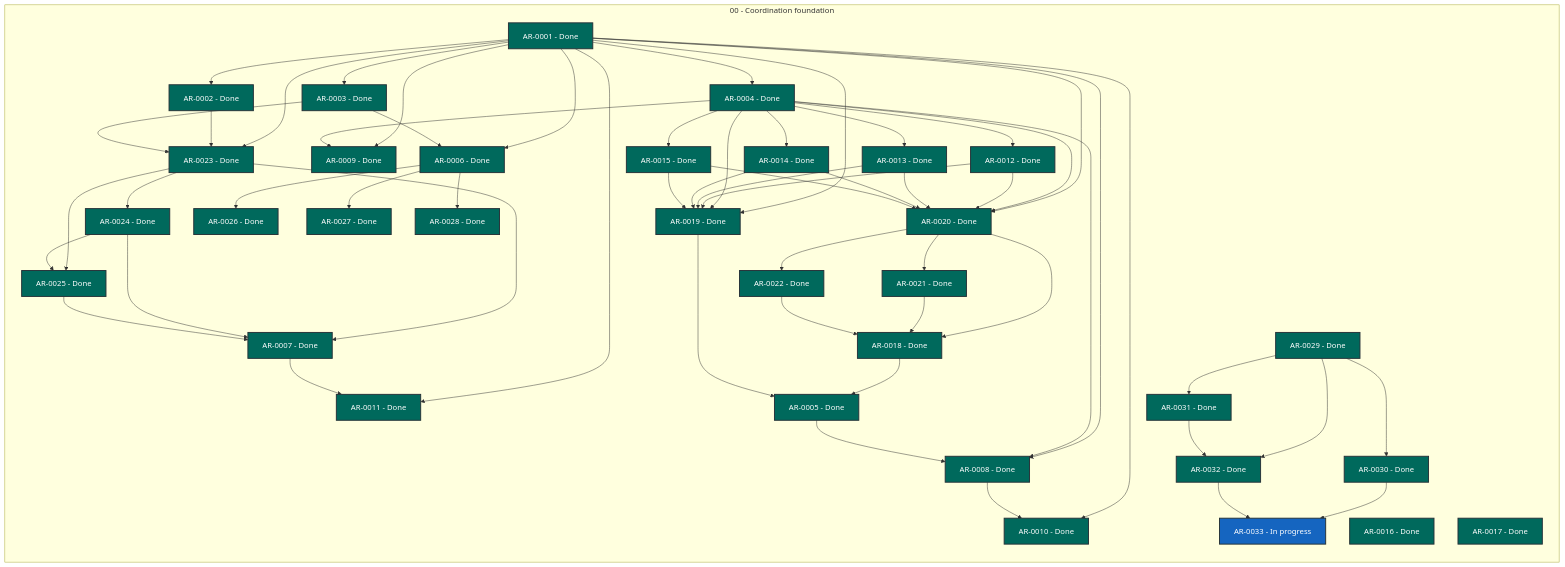
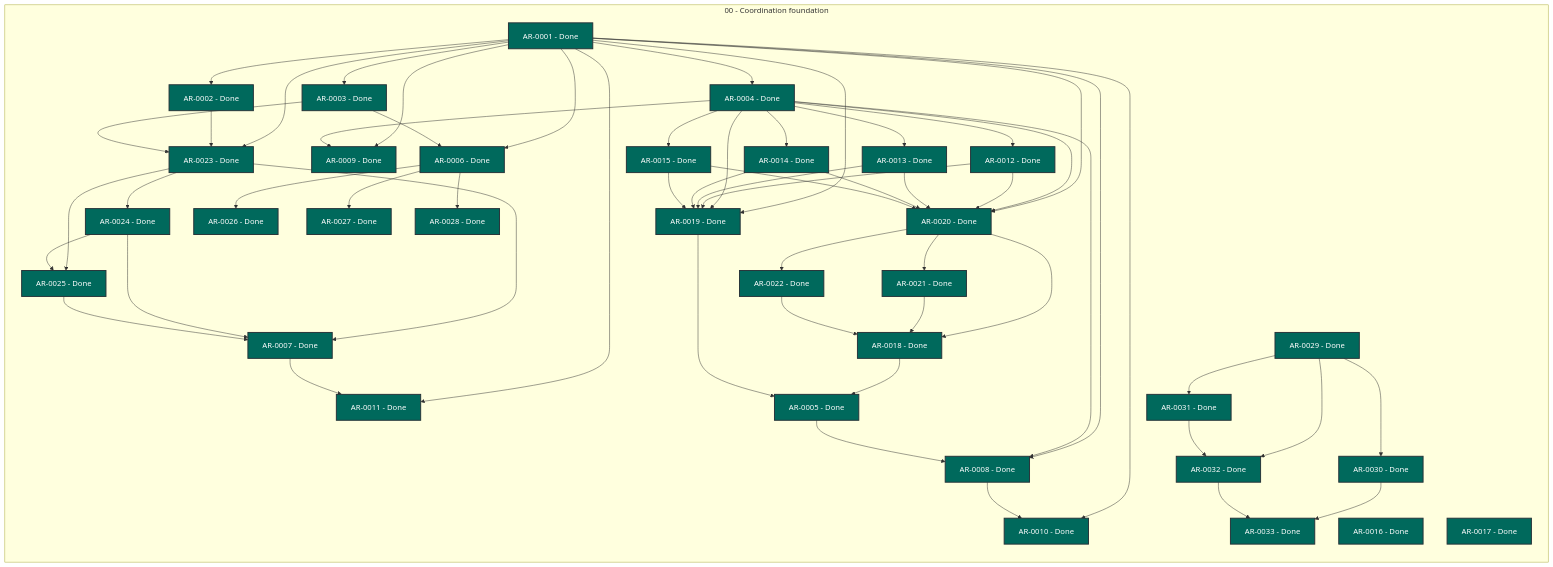
The diagram in STATUS.md (martin-beck/agent-workflow-quality-state), drawn with Mermaid before and after one commit. The commit also changed other lines of this file and 2 other files, not shown here.

```diff
--- a/STATUS.md
+++ b/STATUS.md
@@ -60,7 +60,7 @@
         AR_0030["AR-0030 - Done"]:::status_done
         AR_0031["AR-0031 - Done"]:::status_done
         AR_0032["AR-0032 - Done"]:::status_done
-        AR_0033["AR-0033 - In progress"]:::status_in_progress
+        AR_0033["AR-0033 - Done"]:::status_done
     end
     AR_0001 --> AR_0002
     AR_0001 --> AR_0003
```
